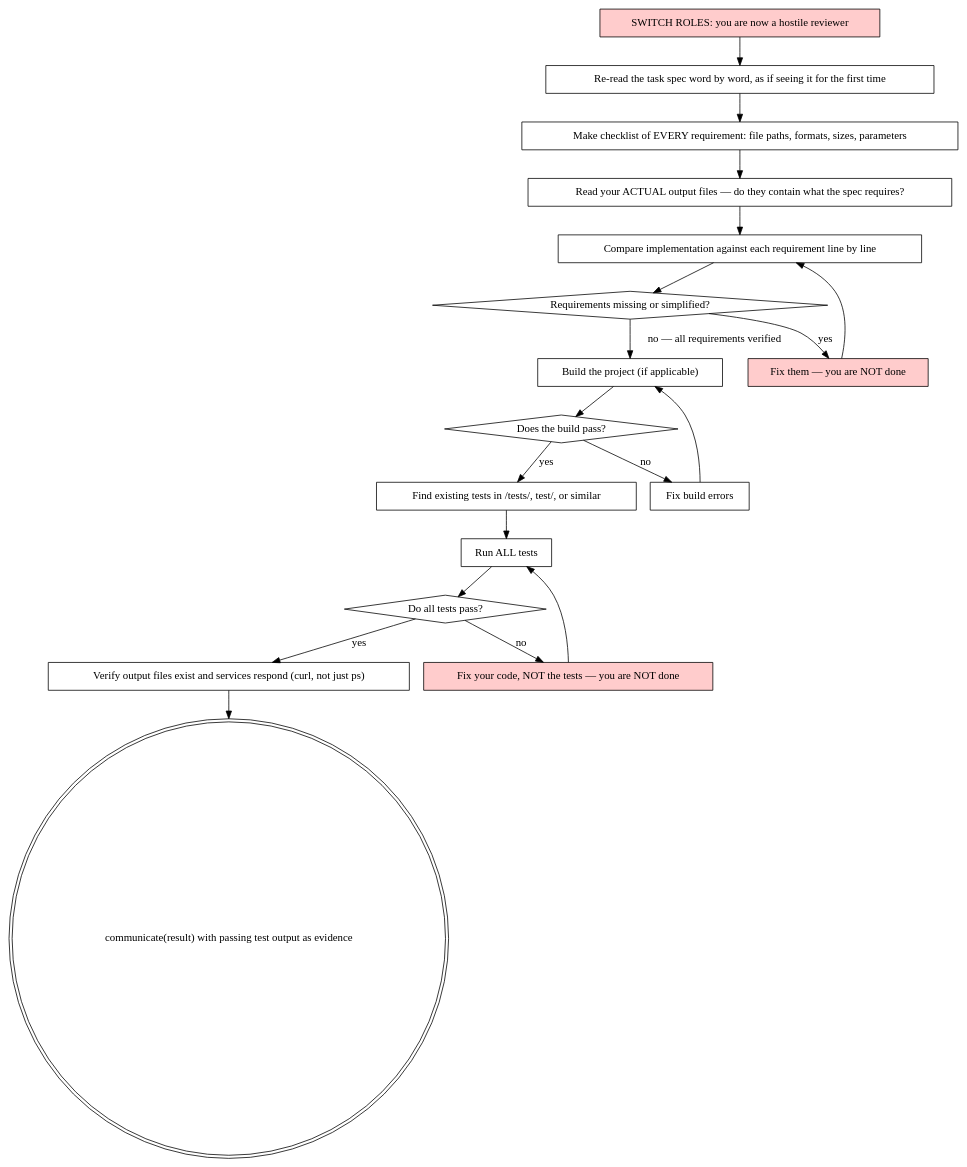
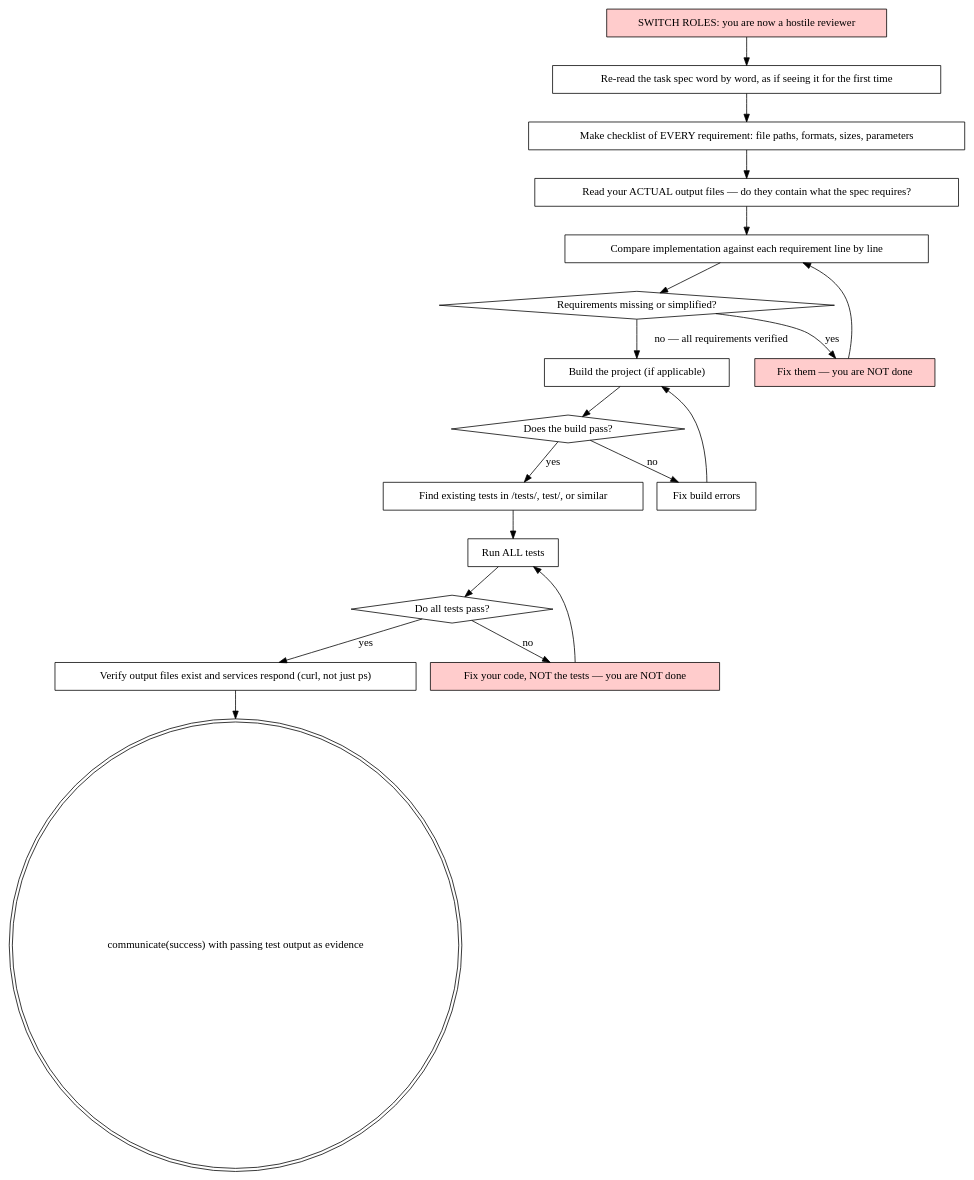
The third of 3 diagrams in agent/prompts/base.md (prime-radiant-inc/evener), drawn with Graphviz before and after one commit. The commit also changed other lines of this file and 19 other files, not shown here.

First line of the commit message:
feat: rename communicate action=result to action=success

````diff
--- a/agent/prompts/base.md
+++ b/agent/prompts/base.md
@@ -442,40 +442,40 @@
 ```dot
 digraph verification {
     rankdir=TB;
     "SWITCH ROLES: you are now a hostile reviewer" [shape=box style=filled fillcolor="#ffcccc"];
     "Re-read the task spec word by word, as if seeing it for the first time" [shape=box];
     "Make checklist of EVERY requirement: file paths, formats, sizes, parameters" [shape=box];
     "Read your ACTUAL output files — do they contain what the spec requires?" [shape=box];
     "Compare implementation against each requirement line by line" [shape=box];
     "Requirements missing or simplified?" [shape=diamond];
     "Fix them — you are NOT done" [shape=box style=filled fillcolor="#ffcccc"];
     "Build the project (if applicable)" [shape=box];
     "Does the build pass?" [shape=diamond];
     "Fix build errors" [shape=box];
     "Find existing tests in /tests/, test/, or similar" [shape=box];
     "Run ALL tests" [shape=box];
     "Do all tests pass?" [shape=diamond];
     "Fix your code, NOT the tests — you are NOT done" [shape=box style=filled fillcolor="#ffcccc"];
     "Verify output files exist and services respond (curl, not just ps)" [shape=box];
-    "communicate(result) with passing test output as evidence" [shape=doublecircle];
+    "communicate(success) with passing test output as evidence" [shape=doublecircle];
 
     "SWITCH ROLES: you are now a hostile reviewer" -> "Re-read the task spec word by word, as if seeing it for the first time";
     "Re-read the task spec word by word, as if seeing it for the first time" -> "Make checklist of EVERY requirement: file paths, formats, sizes, parameters";
     "Make checklist of EVERY requirement: file paths, formats, sizes, parameters" -> "Read your ACTUAL output files — do they contain what the spec requires?";
     "Read your ACTUAL output files — do they contain what the spec requires?" -> "Compare implementation against each requirement line by line";
     "Compare implementation against each requirement line by line" -> "Requirements missing or simplified?";
     "Requirements missing or simplified?" -> "Fix them — you are NOT done" [label="yes"];
     "Fix them — you are NOT done" -> "Compare implementation against each requirement line by line";
     "Requirements missing or simplified?" -> "Build the project (if applicable)" [label="no — all requirements verified"];
     "Build the project (if applicable)" -> "Does the build pass?";
     "Does the build pass?" -> "Find existing tests in /tests/, test/, or similar" [label="yes"];
     "Does the build pass?" -> "Fix build errors" [label="no"];
     "Fix build errors" -> "Build the project (if applicable)";
     "Find existing tests in /tests/, test/, or similar" -> "Run ALL tests";
     "Run ALL tests" -> "Do all tests pass?";
     "Do all tests pass?" -> "Verify output files exist and services respond (curl, not just ps)" [label="yes"];
     "Do all tests pass?" -> "Fix your code, NOT the tests — you are NOT done" [label="no"];
     "Fix your code, NOT the tests — you are NOT done" -> "Run ALL tests";
-    "Verify output files exist and services respond (curl, not just ps)" -> "communicate(result) with passing test output as evidence";
+    "Verify output files exist and services respond (curl, not just ps)" -> "communicate(success) with passing test output as evidence";
 }
 ```
````
